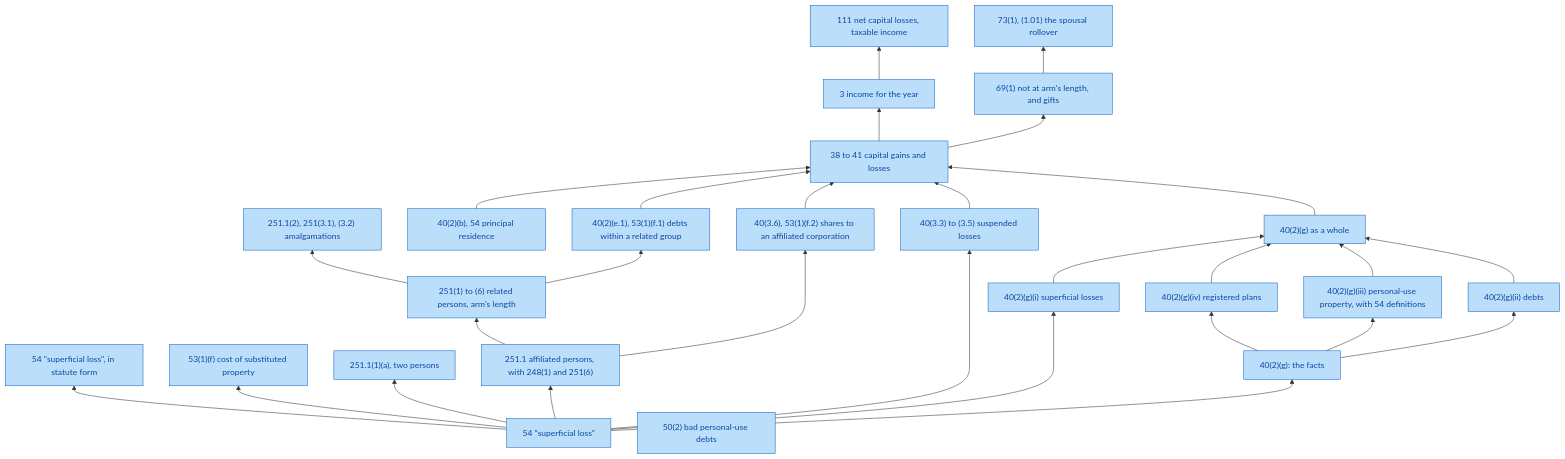
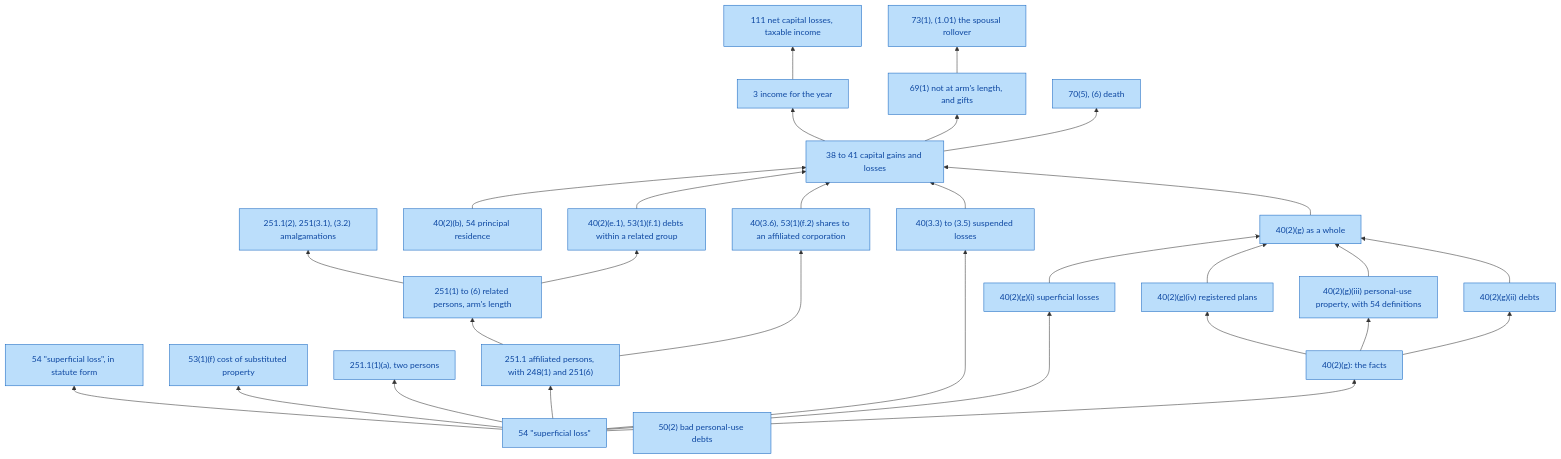
The diagram in docs/graphs/provisions.md (SeanWMurray/Canteen), drawn with Mermaid before and after one commit. The commit also changed 16 other files, not shown here.

````diff
--- a/docs/graphs/provisions.md
+++ b/docs/graphs/provisions.md
@@ -7,54 +7,56 @@
 ```mermaid
 flowchart BT
   v0["54 #quot;superficial loss#quot;"]:::prov
   v1["40(2)(g)(i) superficial losses"]:::prov
   v2["54 #quot;superficial loss#quot;, in statute form"]:::prov
   v3["53(1)(f) cost of substituted property"]:::prov
   v4["251.1(1)(a), two persons"]:::prov
   v5["251.1 affiliated persons, with 248(1) and 251(6)"]:::prov
   v6["251(1) to (6) related persons, arm's length"]:::prov
   v7["251.1(2), 251(3.1), (3.2) amalgamations"]:::prov
   v8["40(2)(g): the facts"]:::prov
   v9["40(2)(g)(ii) debts"]:::prov
   v10["40(2)(g)(iii) personal-use property, with 54 definitions"]:::prov
   v11["40(2)(g)(iv) registered plans"]:::prov
   v12["40(2)(g) as a whole"]:::prov
   v13["40(3.3) to (3.5) suspended losses"]:::prov
   v14["40(3.6), 53(1)(f.2) shares to an affiliated corporation"]:::prov
   v15["40(2)(e.1), 53(1)(f.1) debts within a related group"]:::prov
   v16["40(2)(b), 54 principal residence"]:::prov
   v17["38 to 41 capital gains and losses"]:::prov
   v18["3 income for the year"]:::prov
   v19["111 net capital losses, taxable income"]:::prov
   v20["69(1) not at arm's length, and gifts"]:::prov
   v21["73(1), (1.01) the spousal rollover"]:::prov
-  v22["50(2) bad personal-use debts"]:::prov
+  v22["70(5), (6) death"]:::prov
+  v23["50(2) bad personal-use debts"]:::prov
   v0 --> v1
   v0 --> v2
   v0 --> v3
   v0 --> v4
   v0 --> v5
   v5 --> v6
   v6 --> v7
   v0 --> v8
   v8 --> v9
   v8 --> v10
   v8 --> v11
   v9 --> v12
   v10 --> v12
   v11 --> v12
   v1 --> v12
   v0 --> v13
   v5 --> v14
   v6 --> v15
   v12 --> v17
   v13 --> v17
   v14 --> v17
   v15 --> v17
   v16 --> v17
   v17 --> v18
   v18 --> v19
   v17 --> v20
   v20 --> v21
+  v17 --> v22
   classDef prov fill:#bbdefb,stroke:#1565c0,color:#0d47a1
 ```
````
